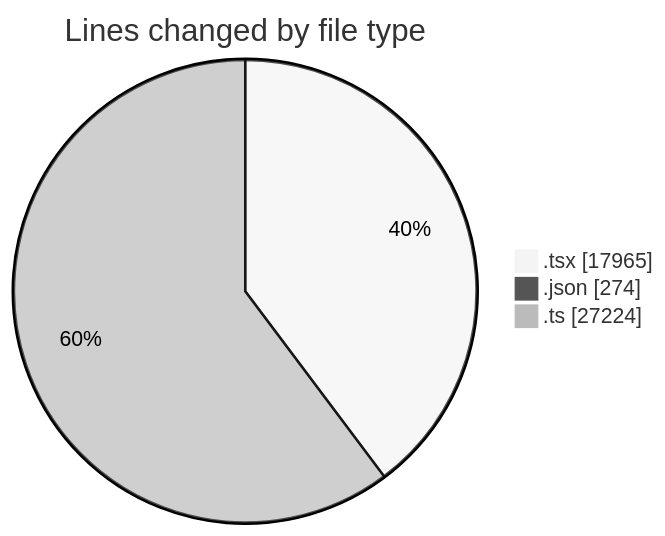
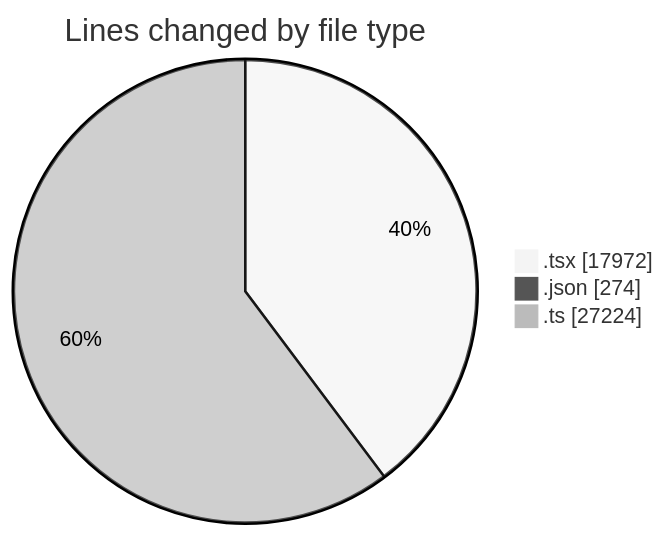
Before and after one commit to momahboobian/code-tracking: the first of 2 diagrams in 2026-11-13/broadcaster-v6-feature/README.md, drawn with Mermaid (neutral theme). The commit also changed other lines of this file and 1 other file, not shown here.

````diff
--- a/2026-11-13/broadcaster-v6-feature/README.md
+++ b/2026-11-13/broadcaster-v6-feature/README.md
@@ -84,7 +84,7 @@
 ```mermaid
 pie showData
 title Lines changed by file type
-".tsx" : 17965
+".tsx" : 17972
 ".json" : 274
 ".ts" : 27224
 ```
````
